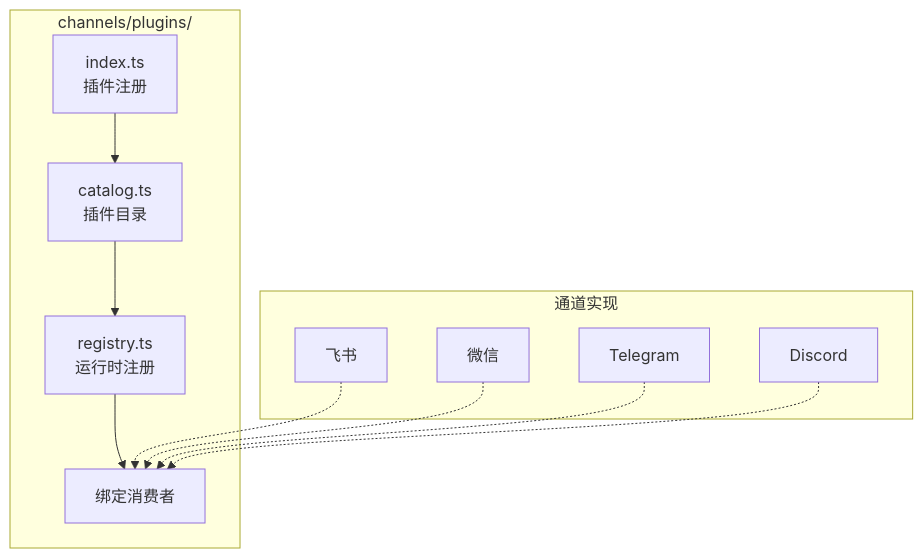
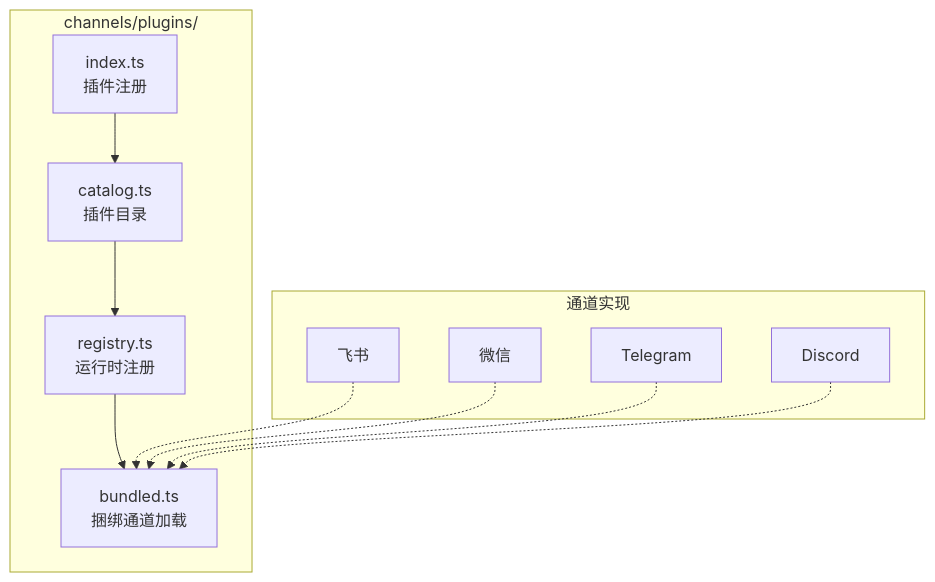
Before and after one commit to zenHeart/learn-ai: the ninth of 23 diagrams in docs/zh/products/automation/openclaw/source-code/architecture.md, drawn with Mermaid. The commit also changed other lines of this file and 6 other files, not shown here.

````diff
--- a/docs/zh/products/automation/openclaw/source-code/architecture.md
+++ b/docs/zh/products/automation/openclaw/source-code/architecture.md
@@ -197,15 +200,15 @@
 ```mermaid
 graph TD
     subgraph channels/plugins/
         A["index.ts<br/>插件注册"] --> B["catalog.ts<br/>插件目录"]
         B --> C["registry.ts<br/>运行时注册"]
-        C --> D["绑定消费者"]
+        C --> D["bundled.ts<br/>捆绑通道加载"]
     end
     
     subgraph 通道实现
         E["飞书"] -.-> D
         F["微信"] -.-> D
         G["Telegram"] -.-> D
         H["Discord"] -.-> D
     end
 ```
````
